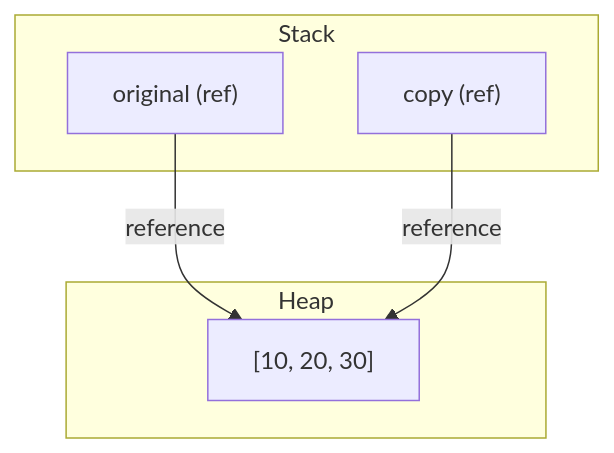
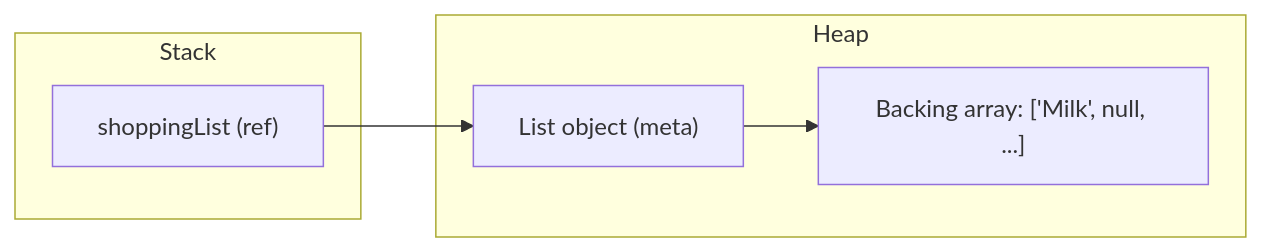
Before and after one commit to BasharAlwarad/Software_Engineering_course: the second of 8 diagrams in 19_arrays/README.md, drawn with Mermaid. The commit also changed other lines of this file and 44 other files, not shown here.

````diff
--- a/19_arrays/README.md
+++ b/19_arrays/README.md
@@ -78,12 +137,12 @@
 ```mermaid
-flowchart TD
-    subgraph Stack
-        A["original (ref)"]
-        B["copy (ref)"]
-    end
-    subgraph Heap
-        C["[10, 20, 30]"]
-    end
-    A -- reference --> C
-    B -- reference --> C
+flowchart LR
+		subgraph Stack
+			lref["shoppingList (ref)"]
+		end
+		subgraph Heap
+			listObj["List object (meta)"]
+			backing["Backing array: ['Milk', null, ...]"]
+		end
+		lref --> listObj
+		listObj --> backing
 ```
````
